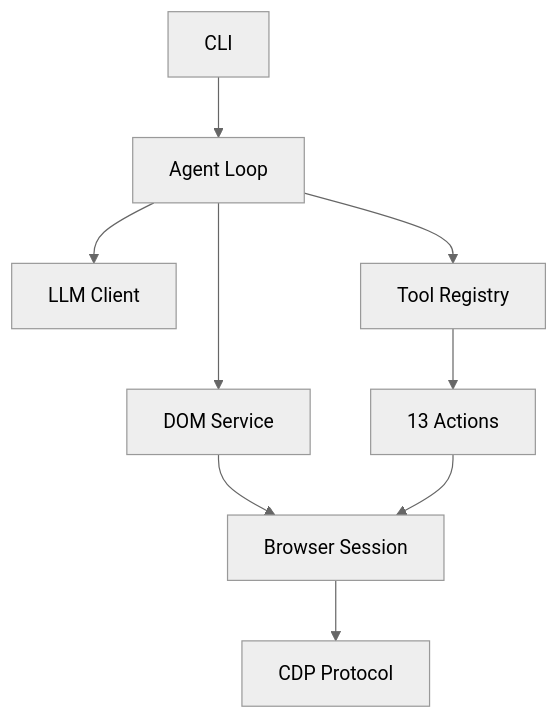
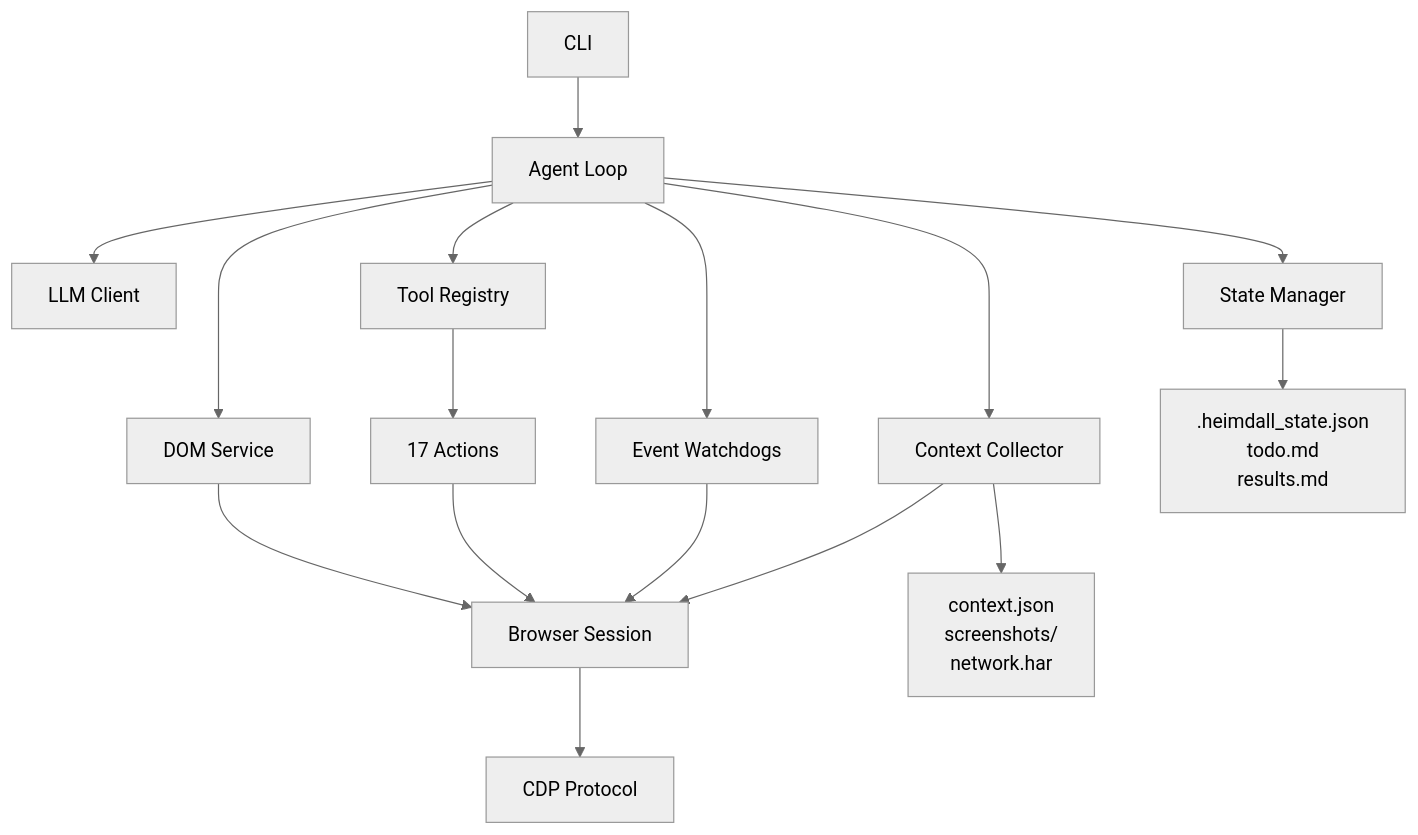
One commit to madanlalit/heimdall changed the diagram in README.md. Above: the diagram before and after it, drawn with Mermaid (neutral theme).

Commit message:
docs: enhance architecture diagram with detailed component status
- Expanded Mermaid diagram to show all major components (Watchdogs, Collector, Persistence)
- Updated action count from 13 to 17
- Added visual connections for state files and output files
- Improved diagram to better represent current implementation status

````diff
--- a/README.md
+++ b/README.md
@@ -36,11 +36,20 @@
 ```mermaid
 graph TD
     CLI[CLI] --> Agent[Agent Loop]
     Agent --> LLM[LLM Client]
     Agent --> DOM[DOM Service]
     Agent --> Registry[Tool Registry]
-    Registry --> Actions[13 Actions]
+    Agent --> Watchdogs[Event Watchdogs]
+    Agent --> Collector[Context Collector]
+    Agent --> Persistence[State Manager]
+    
+    Registry --> Actions[17 Actions]
     DOM --> Session[Browser Session]
     Actions --> Session
+    Watchdogs --> Session
+    Collector --> Session
     Session --> CDP[CDP Protocol]
+    
+    Persistence --> StateFiles[.heimdall_state.json<br/>todo.md<br/>results.md]
+    Collector --> OutputFiles[context.json<br/>screenshots/<br/>network.har]
 ```
````
